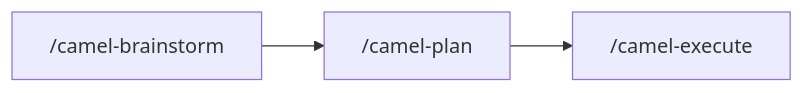
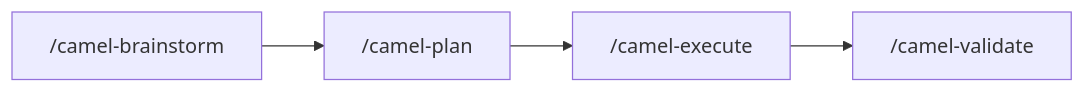
The fourth of 7 diagrams in docs/camel-kit-overview.md (luigidemasi/camel-kit), drawn with Mermaid before and after one commit. The commit also changed other lines of this file and 213 other files, not shown here.

````diff
--- a/docs/camel-kit-overview.md
+++ b/docs/camel-kit-overview.md
@@ -175,4 +181,4 @@
 ```mermaid
 flowchart LR
-    A["/camel-brainstorm"] --> B["/camel-plan"] --> C["/camel-execute"]
+    A["/camel-brainstorm"] --> B["/camel-plan"] --> C["/camel-execute"] --> D["/camel-validate"]
 ```
````
